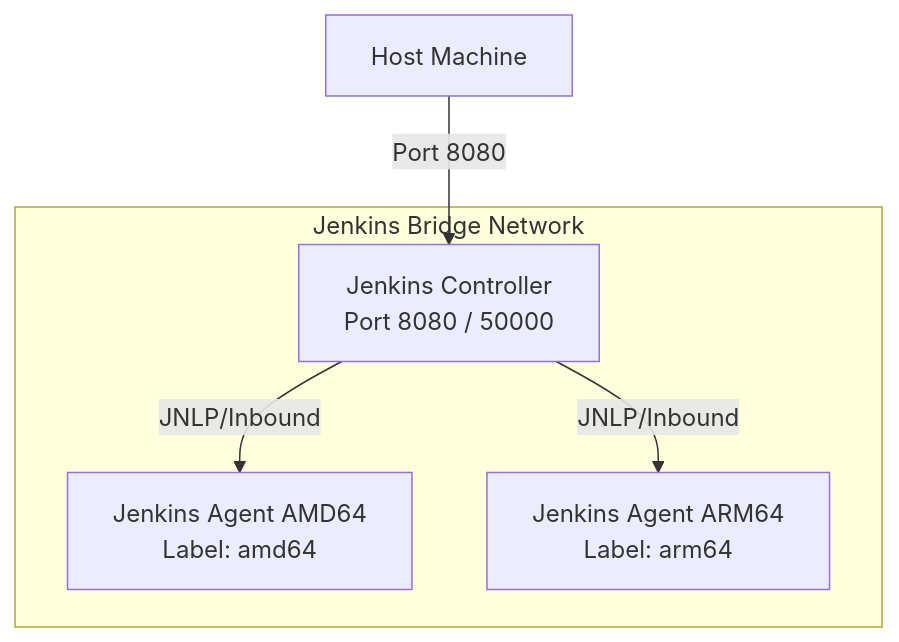
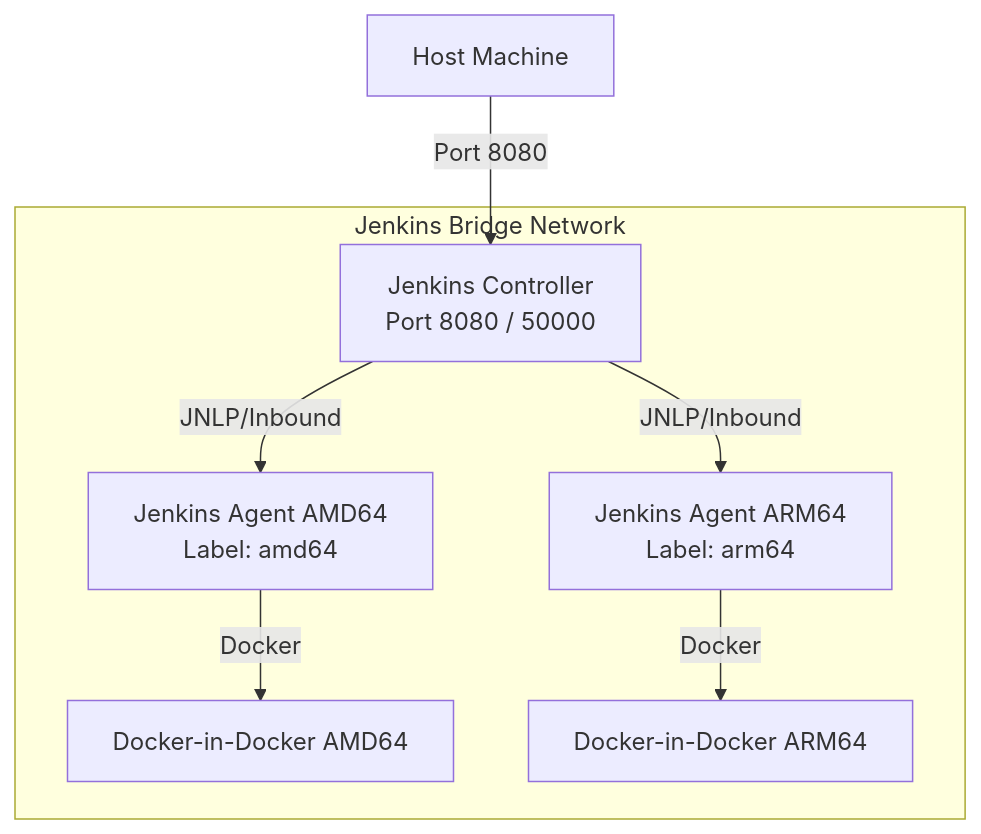
Before and after one commit to racastellanosm/playground-jenkins-pipelines: the diagram in README.md, drawn with Mermaid.

Commit message:
update README documentation

````diff
--- a/README.md
+++ b/README.md
@@ -21,14 +21,20 @@
 ```mermaid
 graph TD
     subgraph Docker Network [Jenkins Bridge Network]
         controller[Jenkins Controller <br> Port 8080 / 50000]
         
         agent_amd64[Jenkins Agent AMD64 <br> Label: amd64]
         agent_arm64[Jenkins Agent ARM64 <br> Label: arm64]
         
         controller -- JNLP/Inbound --> agent_amd64
         controller -- JNLP/Inbound --> agent_arm64
+
+        dind_amd64[Docker-in-Docker AMD64]
+        dind_arm64[Docker-in-Docker ARM64]
+
+        agent_amd64 -- Docker --> dind_amd64
+        agent_arm64 -- Docker --> dind_arm64
     end
 
     host[Host Machine] -- Port 8080 --> controller
 ```
````
